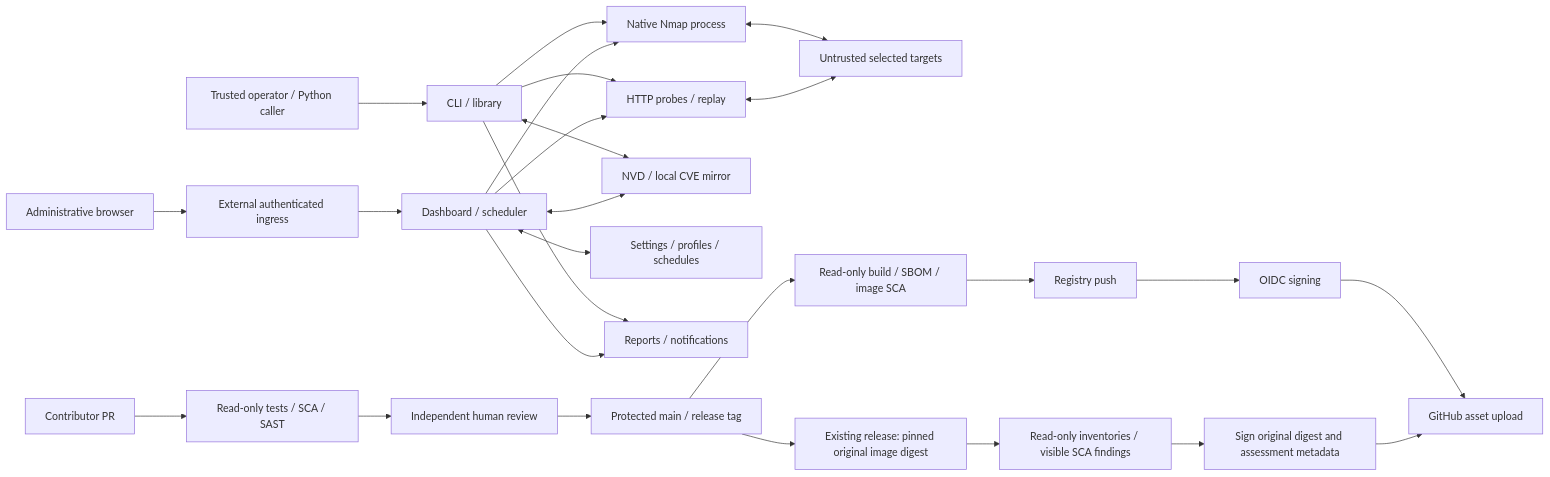
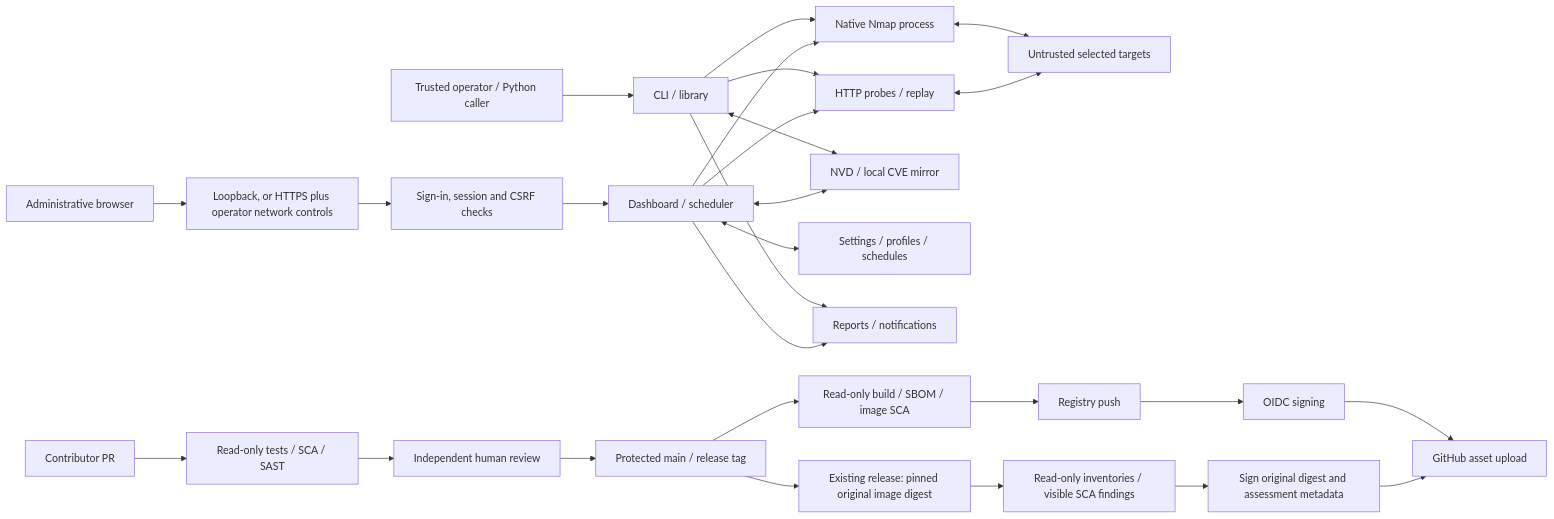
Before and after one commit to GamehunterKaan/AutoPWN-Suite: the diagram in docs/THREAT_MODEL.md, drawn with Mermaid. The commit also changed other lines of this file and 26 other files, not shown here.

````diff
--- a/docs/THREAT_MODEL.md
+++ b/docs/THREAT_MODEL.md
@@ -36,28 +58,29 @@
 ```mermaid
 flowchart LR
   O[Trusted operator / Python caller] --> C[CLI / library]
-  B[Administrative browser] --> I[External authenticated ingress]
-  I --> W[Dashboard / scheduler]
+  B[Administrative browser] --> I[Loopback, or HTTPS plus operator network controls]
+  I --> L[Sign-in, session and CSRF checks]
+  L --> W[Dashboard / scheduler]
   C --> N[Native Nmap process]
   W --> N
   C --> H[HTTP probes / replay]
   W --> H
   N <--> T[Untrusted selected targets]
   H <--> T
   C <--> V[NVD / local CVE mirror]
   W <--> V
   W <--> D[Settings / profiles / schedules]
   C --> R[Reports / notifications]
   W --> R
   P[Contributor PR] --> Q[Read-only tests / SCA / SAST]
   Q --> U[Independent human review]
   U --> M[Protected main / release tag]
   M --> A[Read-only build / SBOM / image SCA]
   A --> X[Registry push]
   X --> S[OIDC signing]
   S --> G[GitHub asset upload]
   M --> AB[Existing release: pinned original image digest]
   AB --> AI[Read-only inventories / visible SCA findings]
   AI --> AS[Sign original digest and assessment metadata]
   AS --> G
 ```
````
